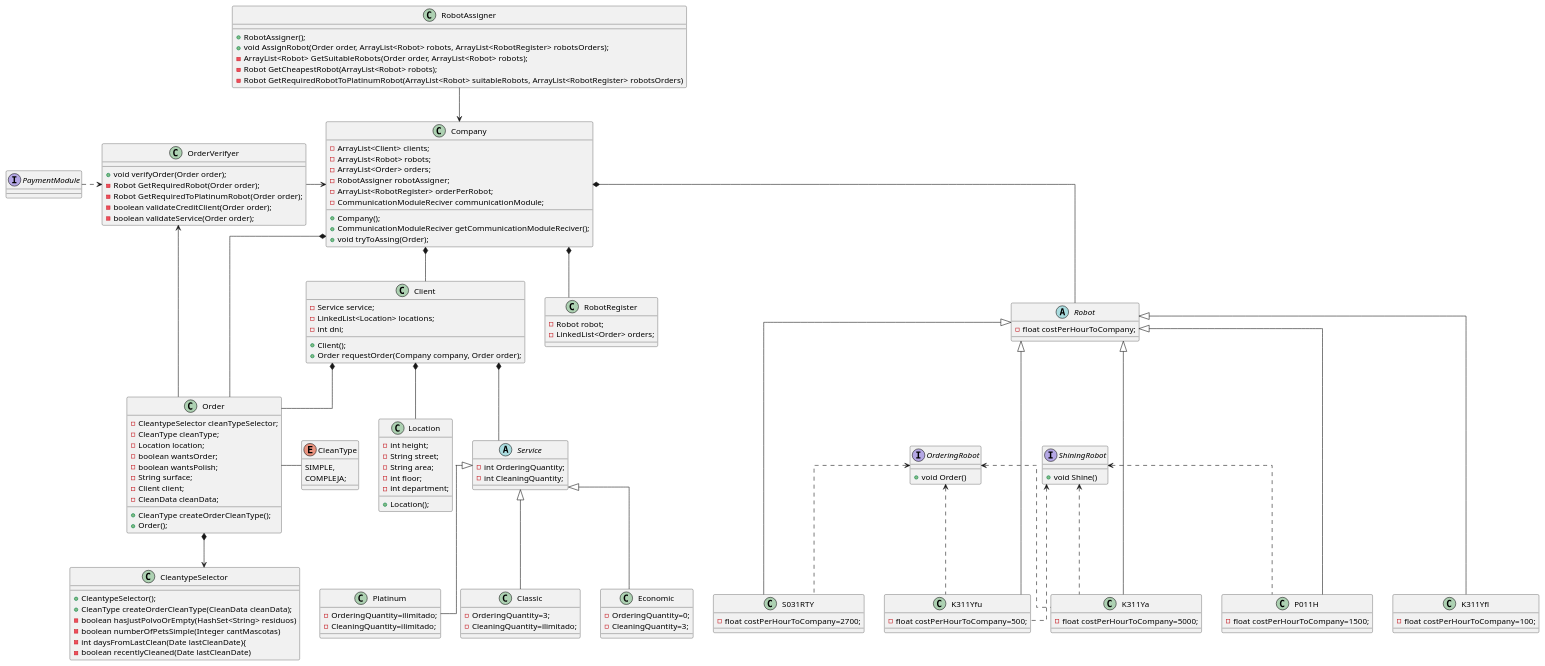
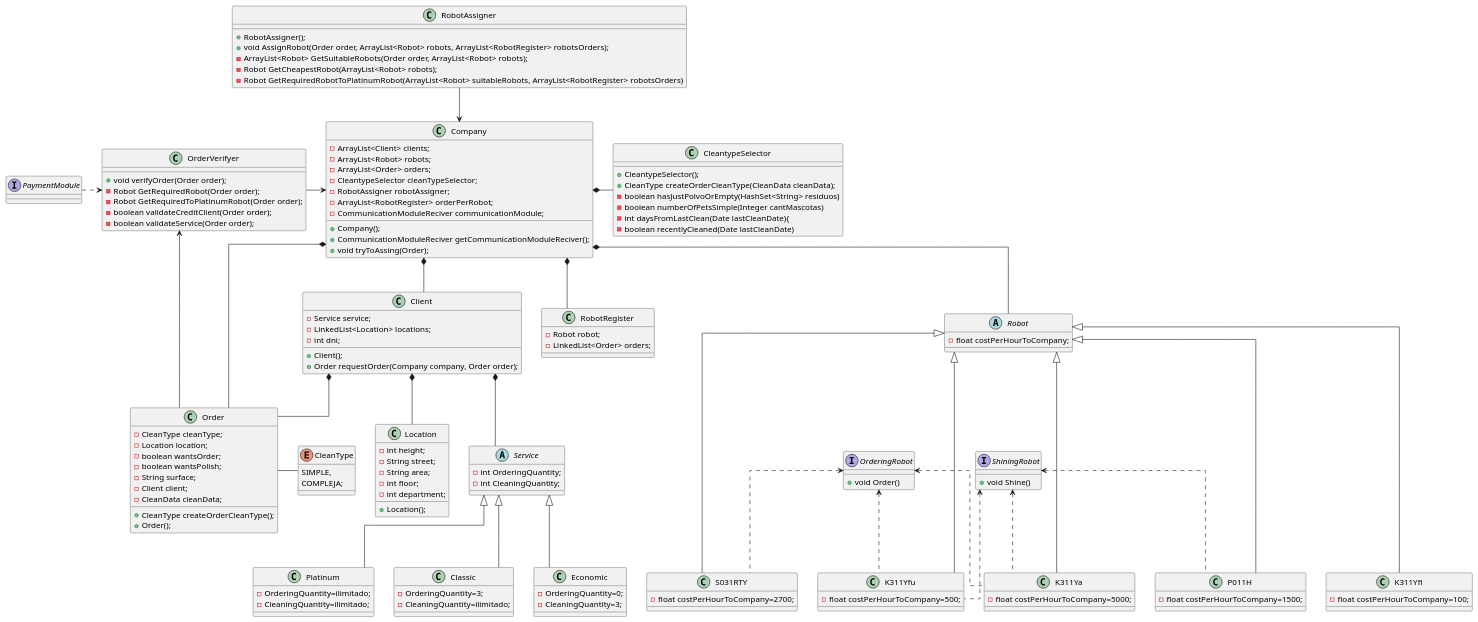
The diagram in src/main/Docs/Robotitos.puml (octex/tp-progIII-UTN-TSSI), drawn with PlantUML before and after one commit. The commit also changed 12 other files, not shown here.

```diff
--- a/src/main/Docs/Robotitos.puml
+++ b/src/main/Docs/Robotitos.puml
@@ -1,170 +1,171 @@
 @startuml
 'https://plantuml.com/class-diagram
 
 skinparam linetype ortho
 
 class Client {
     - Service service;
     - LinkedList<Location> locations;
     - int dni;
 
     + Client();
     + Order requestOrder(Company company, Order order);
 }
 
 class Location{
     - int height;
     - String street;
     - String area;
     - int floor;
     - int department;
     + Location();
 }
 
 class RobotRegister{
     - Robot robot;
     - LinkedList<Order> orders;
 }
 
 abstract Robot{
     - float costPerHourToCompany;
 }
 class S031RTY{
     - float costPerHourToCompany=2700;
 }
 class K311Yfu{
     - float costPerHourToCompany=500;
 }
 class P011H{
     - float costPerHourToCompany=1500;
 }
 class K311Ya{
     - float costPerHourToCompany=5000;
 }
 class K311Yfl{
     - float costPerHourToCompany=100;
 }
 
 interface OrderingRobot{
     + void Order()
 }
 interface ShiningRobot{
     + void Shine()
 }
 
 abstract Service{
     - int OrderingQuantity;
     - int CleaningQuantity;
 }
 class Platinum{
     - OrderingQuantity=ilimitado;
     - CleaningQuantity=ilimitado;
 }
 class Classic{
     - OrderingQuantity=3;
     - CleaningQuantity=ilimitado;
 }
 
 class Economic{
     - OrderingQuantity=0;
     - CleaningQuantity=3;
 }
 
 class Company{
     - ArrayList<Client> clients;
     - ArrayList<Robot> robots;
     - ArrayList<Order> orders;
+    - CleantypeSelector cleanTypeSelector;
     - RobotAssigner robotAssigner;
     - ArrayList<RobotRegister> orderPerRobot;
     - CommunicationModuleReciver communicationModule;
 
     + Company();
     + CommunicationModuleReciver getCommunicationModuleReciver();
     + void tryToAssing(Order);
 }
 
 class OrderVerifyer{
     + void verifyOrder(Order order);
     - Robot GetRequiredRobot(Order order);
     - Robot GetRequiredToPlatinumRobot(Order order);
 }
 
 class RobotAssigner{
    + RobotAssigner();
    + void AssignRobot(Order order, ArrayList<Robot> robots, ArrayList<RobotRegister> robotsOrders);
    - ArrayList<Robot> GetSuitableRobots(Order order, ArrayList<Robot> robots);
    - Robot GetCheapestRobot(ArrayList<Robot> robots);
    - Robot GetRequiredRobotToPlatinumRobot(ArrayList<Robot> suitableRobots, ArrayList<RobotRegister> robotsOrders)
 }
 
 class Order{
-    - CleantypeSelector cleanTypeSelector;
+
     - CleanType cleanType;
     - Location location;
     - boolean wantsOrder;
     - boolean wantsPolish;
     - String surface;
     - Client client;
     - CleanData cleanData;
     + CleanType createOrderCleanType();
     + Order();
 }
 
 class CleantypeSelector {
 
 +CleantypeSelector();
 +CleanType createOrderCleanType(CleanData cleanData);
 -boolean hasJustPolvoOrEmpty(HashSet<String> residuos)
 -boolean numberOfPetsSimple(Integer cantMascotas)
 -int daysFromLastClean(Date lastCleanDate){
 -boolean recentlyCleaned(Date lastCleanDate)
 }
 
 
 enum CleanType{
     SIMPLE,
     COMPLEJA;
 }
 
 class OrderVerifyer{
     - boolean validateCreditClient(Order order);
     - boolean validateService(Order order);
 }
 
 Interface PaymentModule{
 }
 
 OrderVerifyer <.left. PaymentModule
 OrderVerifyer <-- Order
 
 Service <|-- Platinum
 Service <|-- Classic
 Service <|-- Economic
 
 Company*-- Robot
 Company *-- Client
 Company *-- Order
 Company *-- RobotRegister
 Company <-left- OrderVerifyer
 Company <-up- RobotAssigner
 
 Robot <|--- K311Yfl
 Robot <|--- K311Yfu
 Robot <|--- P011H
 Robot <|--- K311Ya
 Robot <|--- S031RTY
 
 ShiningRobot <.. K311Yfu
 ShiningRobot <.. P011H
 ShiningRobot <.. K311Ya
 OrderingRobot <.. K311Yfu
 OrderingRobot <.. K311Ya
 OrderingRobot <.. S031RTY
 
 Client *-- Service
 Client *-- Location
 
-Order *-->CleantypeSelector
+Company *-CleantypeSelector
 Order- CleanType
 Client*--Order
 @enduml
```
